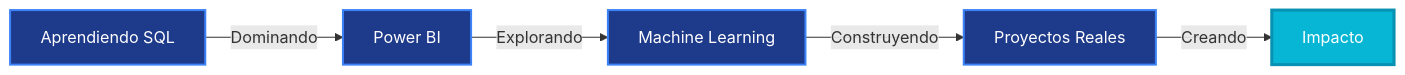
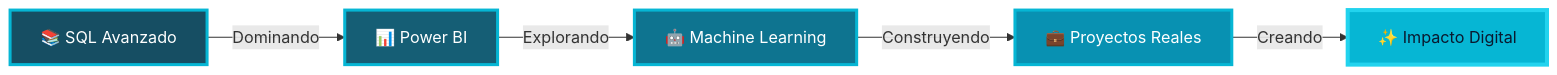
The diagram in README.md (Abranr/Abranr), drawn with Mermaid before and after one commit. The commit also changed other lines of this file, not shown here.

````diff
--- a/README.md
+++ b/README.md
@@ -125,13 +151,13 @@
 ```mermaid
 graph LR
-    A[Aprendiendo SQL] -->|Dominando| B[Power BI]
-    B -->|Explorando| C[Machine Learning]
-    C -->|Construyendo| D[Proyectos Reales]
-    D -->|Creando| E[Impacto]
+    A[📚 SQL Avanzado] -->|Dominando| B[📊 Power BI]
+    B -->|Explorando| C[🤖 Machine Learning]
+    C -->|Construyendo| D[💼 Proyectos Reales]
+    D -->|Creando| E[✨ Impacto Digital]
     
-    style A fill:#1e3a8a,stroke:#3b82f6,stroke-width:2px,color:#fff
-    style B fill:#1e3a8a,stroke:#3b82f6,stroke-width:2px,color:#fff
-    style C fill:#1e3a8a,stroke:#3b82f6,stroke-width:2px,color:#fff
-    style D fill:#1e3a8a,stroke:#3b82f6,stroke-width:2px,color:#fff
-    style E fill:#06b6d4,stroke:#0891b2,stroke-width:3px,color:#fff
+    style A fill:#164e63,stroke:#06b6d4,stroke-width:3px,color:#fff
+    style B fill:#155e75,stroke:#06b6d4,stroke-width:3px,color:#fff
+    style C fill:#0e7490,stroke:#06b6d4,stroke-width:3px,color:#fff
+    style D fill:#0891b2,stroke:#06b6d4,stroke-width:3px,color:#fff
+    style E fill:#06b6d4,stroke:#22d3ee,stroke-width:4px,color:#0a192f
 ```
````
